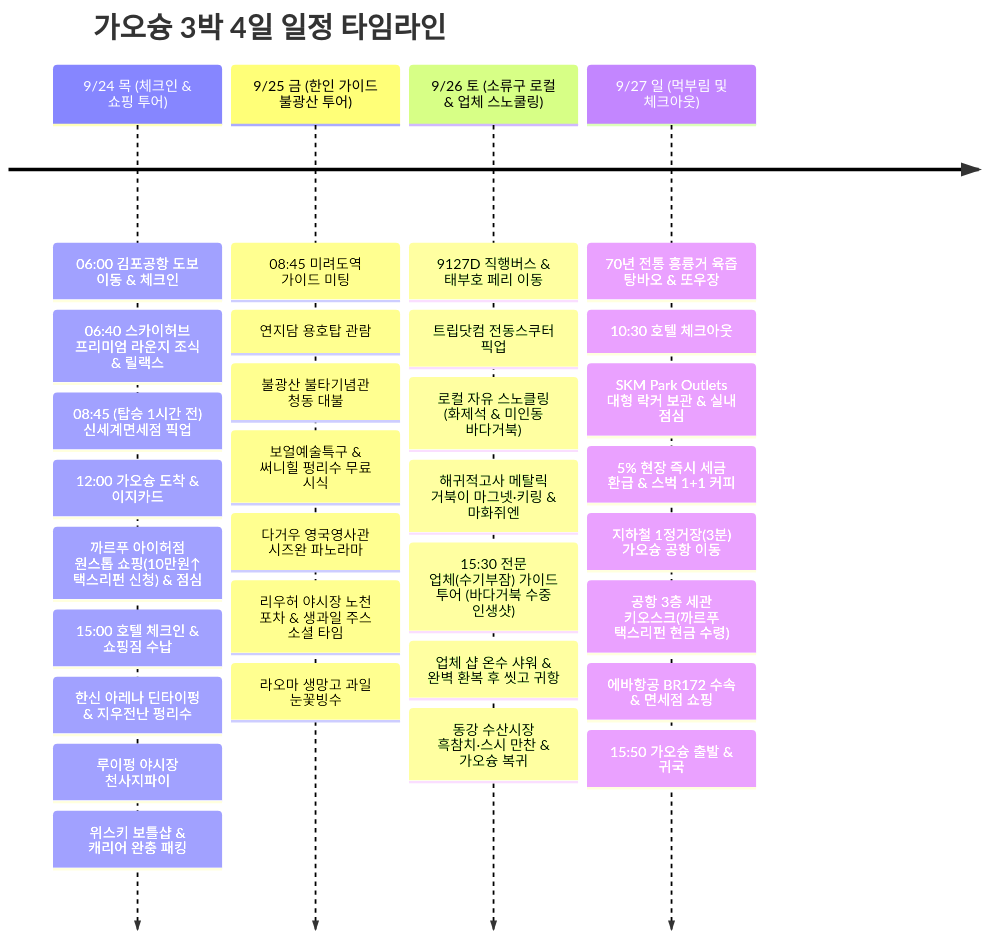
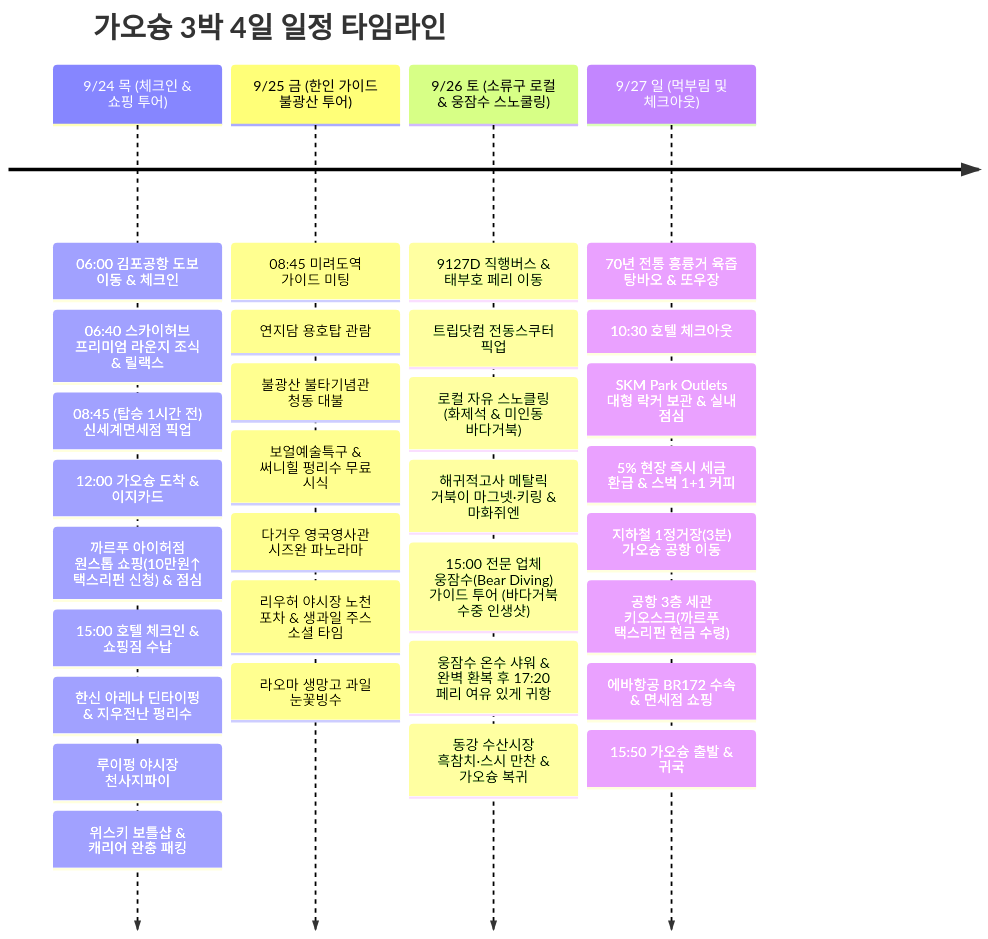
The diagram in src/content/posts/2026-09-24-kaohsiung-xiaoliuqiu.md (gongdongho12/commit-map), drawn with Mermaid before and after one commit. The commit also changed other lines of this file, not shown here.

Commit message:
docs: book Bear Diving 15:00 snorkeling and shower for Xiaoliuqiu Day 3

````diff
--- a/src/content/posts/2026-09-24-kaohsiung-xiaoliuqiu.md
+++ b/src/content/posts/2026-09-24-kaohsiung-xiaoliuqiu.md
@@ -379,35 +386,35 @@
 ```mermaid
 timeline
   title 가오슝 3박 4일 일정 타임라인
   9/24 목 (체크인 & 쇼핑 투어) : 06:00 김포공항 도보 이동 & 체크인
                        : 06:40 스카이허브 프리미엄 라운지 조식 & 릴랙스
                        : 08:45 (탑승 1시간 전) 신세계면세점 픽업
                        : 12:00 가오슝 도착 & 이지카드
                        : 까르푸 아이허점 원스톱 쇼핑(10만원↑ 택스리펀 신청) & 점심
                        : 15:00 호텔 체크인 & 쇼핑짐 수납
                        : 한신 아레나 딘타이펑 & 지우전난 펑리수
                        : 루이펑 야시장 천사지파이
                        : 위스키 보틀샵 & 캐리어 완충 패킹
   9/25 금 (한인 가이드 불광산 투어) : 08:45 미려도역 가이드 미팅
                        : 연지담 용호탑 관람
                        : 불광산 불타기념관 청동 대불
                        : 보얼예술특구 & 써니힐 펑리수 무료 시식
                        : 다거우 영국영사관 시즈완 파노라마
                        : 리우허 야시장 노천 포차 & 생과일 주스 소셜 타임
                        : 라오마 생망고 과일 눈꽃빙수
-  9/26 토 (소류구 로컬 & 업체 스노쿨링) : 9127D 직행버스 & 태부호 페리 이동
+  9/26 토 (소류구 로컬 & 웅잠수 스노쿨링) : 9127D 직행버스 & 태부호 페리 이동
                        : 트립닷컴 전동스쿠터 픽업
                        : 로컬 자유 스노클링 (화제석 & 미인동 바다거북)
                        : 해귀적고사 메탈릭 거북이 마그넷·키링 & 마화쥐엔
-                       : 15:30 전문 업체(수기부잠) 가이드 투어 (바다거북 수중 인생샷)
-                       : 업체 샵 온수 샤워 & 완벽 환복 후 씻고 귀항
+                       : 15:00 전문 업체 웅잠수(Bear Diving) 가이드 투어 (바다거북 수중 인생샷)
+                       : 웅잠수 온수 샤워 & 완벽 환복 후 17:20 페리 여유 있게 귀항
                        : 동강 수산시장 흑참치·스시 만찬 & 가오슝 복귀
   9/27 일 (먹부림 및 체크아웃) : 70년 전통 흥륭거 육즙 탕바오 & 또우장
                        : 10:30 호텔 체크아웃
                        : SKM Park Outlets 대형 락커 보관 & 실내 점심
                        : 5% 현장 즉시 세금 환급 & 스벅 1+1 커피
                        : 지하철 1정거장(3분) 가오슝 공항 이동
                        : 공항 3층 세관 키오스크(까르푸 택스리펀 현금 수령)
                        : 에바항공 BR172 수속 & 면세점 쇼핑
                        : 15:50 가오슝 출발 & 귀국
 ```
````
